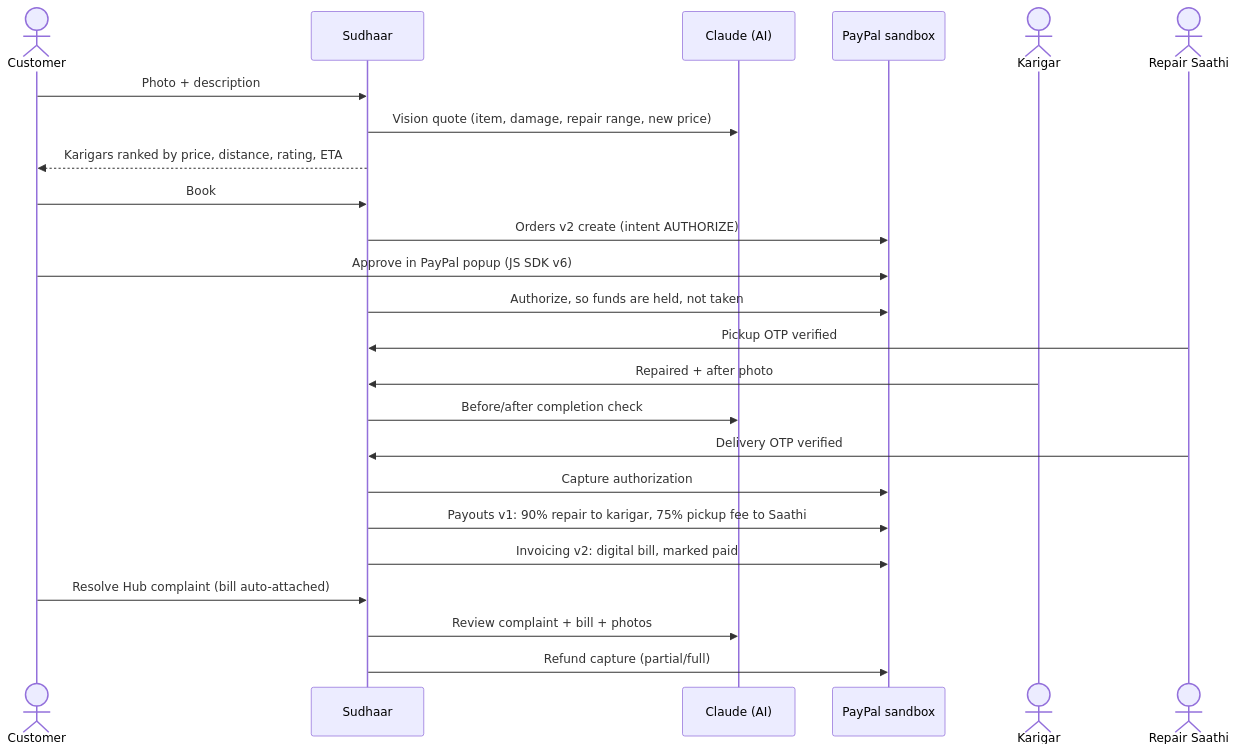
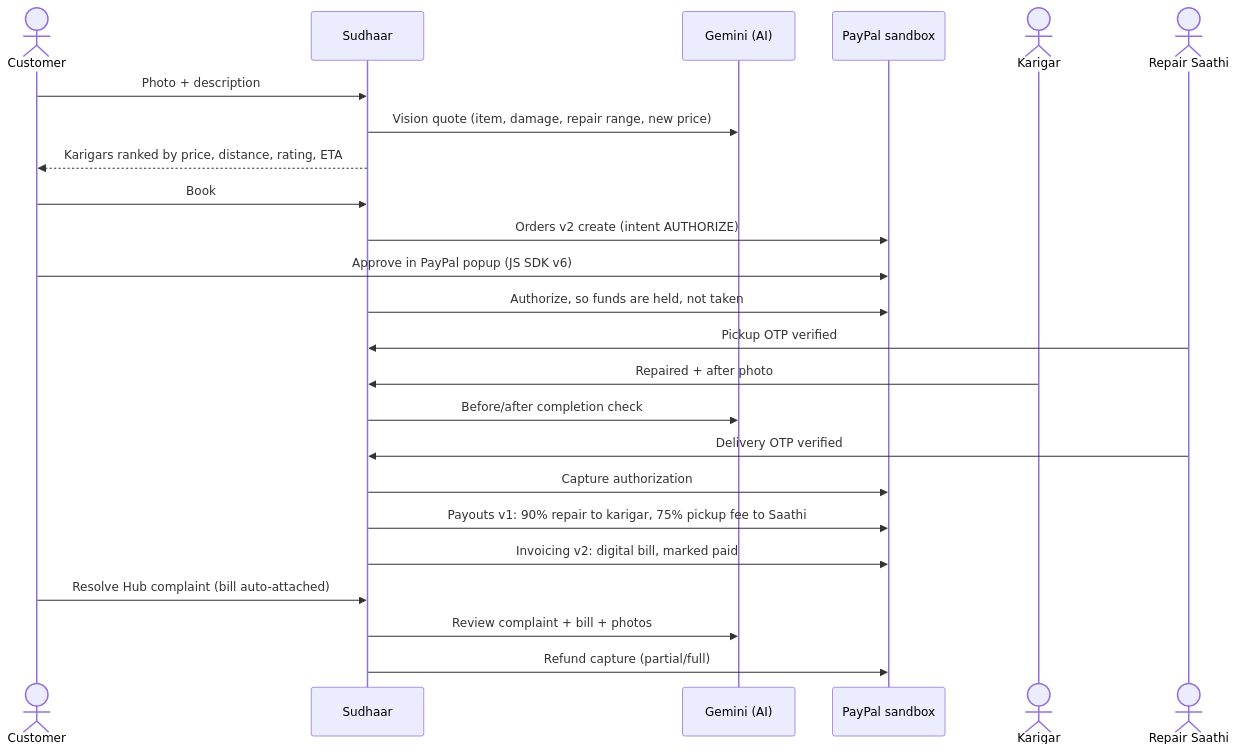
The diagram in README.md (meenakshisatpathy20-del/sudhaar-paypal-ai-hackathon), drawn with Mermaid before and after one commit. The commit also changed other lines of this file and 23 other files, not shown here.

````diff
--- a/README.md
+++ b/README.md
@@ -28,26 +28,26 @@
 ```mermaid
 sequenceDiagram
   actor C as Customer
   participant S as Sudhaar
-  participant AI as Claude (AI)
+  participant AI as Gemini (AI)
   participant PP as PayPal sandbox
   actor K as Karigar
   actor R as Repair Saathi
   C->>S: Photo + description
   S->>AI: Vision quote (item, damage, repair range, new price)
   S-->>C: Karigars ranked by price, distance, rating, ETA
   C->>S: Book
   S->>PP: Orders v2 create (intent AUTHORIZE)
   C->>PP: Approve in PayPal popup (JS SDK v6)
   S->>PP: Authorize, so funds are held, not taken
   R->>S: Pickup OTP verified
   K->>S: Repaired + after photo
   S->>AI: Before/after completion check
   R->>S: Delivery OTP verified
   S->>PP: Capture authorization
   S->>PP: Payouts v1: 90% repair to karigar, 75% pickup fee to Saathi
   S->>PP: Invoicing v2: digital bill, marked paid
   C->>S: Resolve Hub complaint (bill auto-attached)
   S->>AI: Review complaint + bill + photos
   S->>PP: Refund capture (partial/full)
 ```
````
